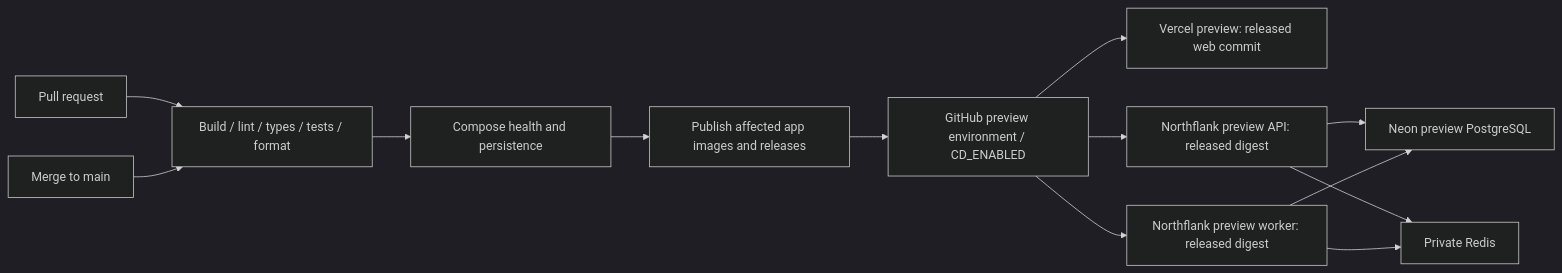
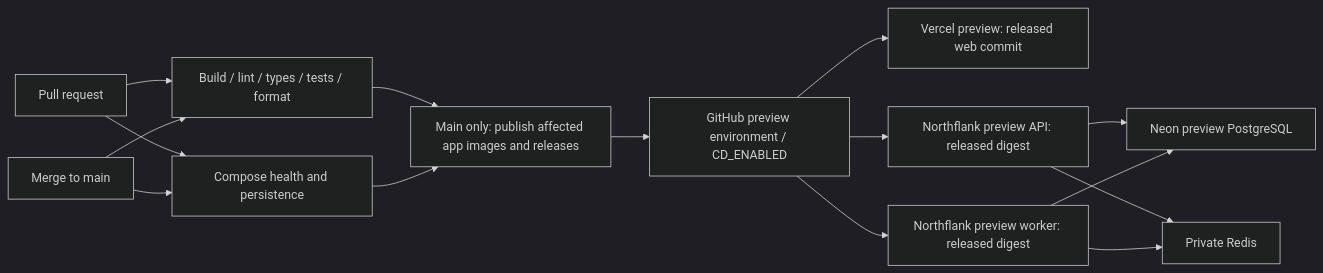
The diagram in docs/CI_CD.md (ashvir99260/flowboard), drawn with Mermaid (dark theme) before and after one commit. The commit also changed other lines of this file and 6 other files, not shown here.

````diff
--- a/docs/CI_CD.md
+++ b/docs/CI_CD.md
@@ -5,15 +5,17 @@
 ```mermaid
 flowchart LR
   PR[Pull request] --> Checks[Build / lint / types / tests / format]
+  PR --> Docker[Compose health and persistence]
   Main[Merge to main] --> Checks
-  Checks --> Docker[Compose health and persistence]
-  Docker --> Publish[Publish affected app images and releases]
+  Main --> Docker
+  Checks --> Publish[Main only: publish affected app images and releases]
+  Docker --> Publish
   Publish --> Gate[GitHub preview environment / CD_ENABLED]
   Gate --> Web[Vercel preview: released web commit]
   Gate --> API[Northflank preview API: released digest]
   Gate --> Worker[Northflank preview worker: released digest]
   API --> Neon[Neon preview PostgreSQL]
   API --> Redis[Private Redis]
   Worker --> Neon
   Worker --> Redis
 ```
````
